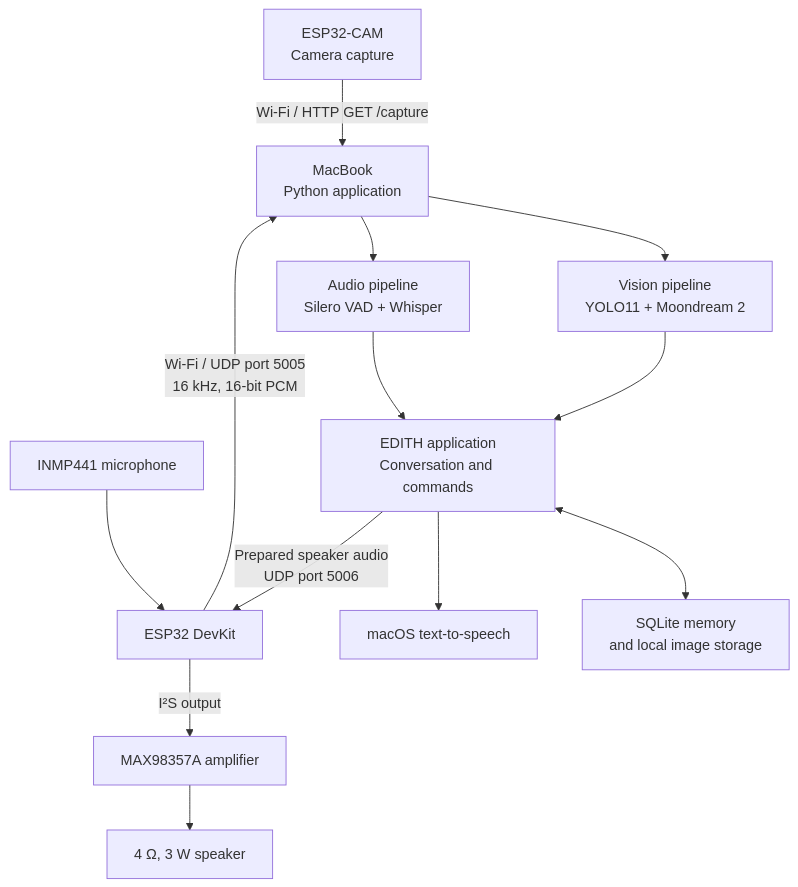
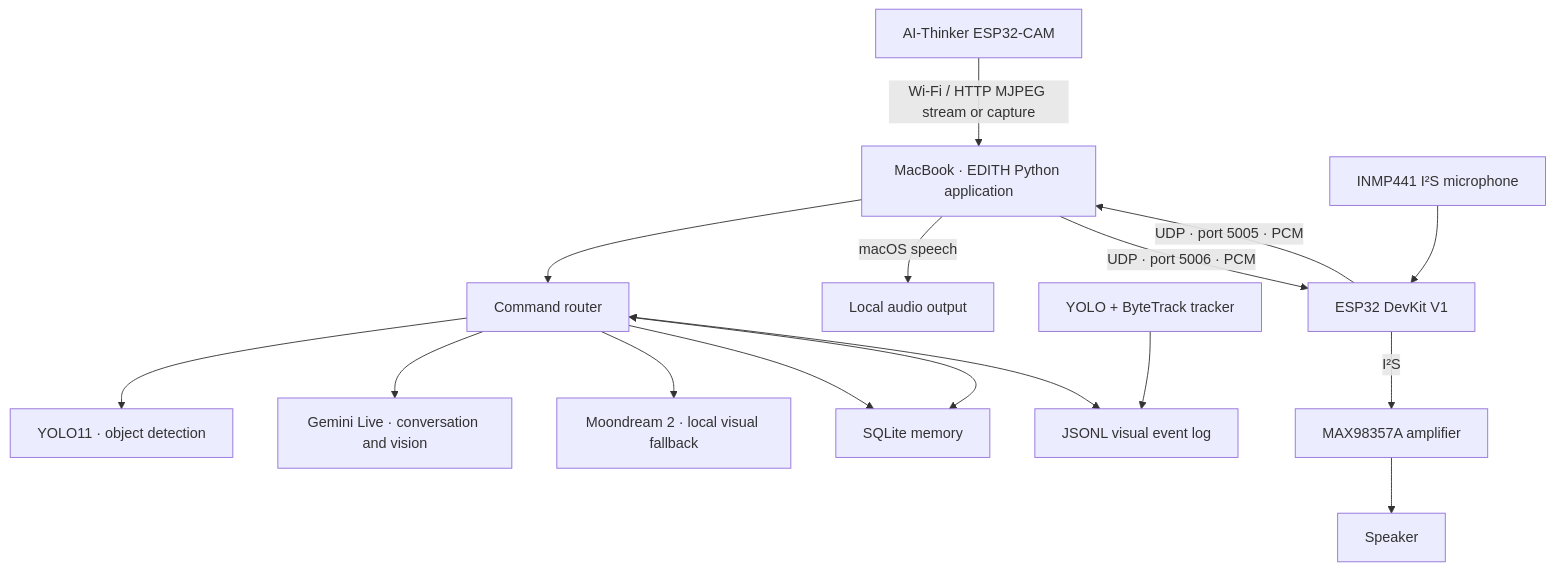
One commit to tahirtahmid0/EDITH-AI-Goggles changed the second of 2 diagrams in README.md. Above: the diagram before and after it, drawn with Mermaid. The commit also changed other lines of this file, not shown here.

Commit message:
Rewrite README with current architecture and setup guide

````diff
--- a/README.md
+++ b/README.md
@@ -85,15 +112,20 @@
-``` mermaid
+```mermaid
 flowchart TD
-    CAM["ESP32-CAM<br/>Camera capture"] -->|"Wi-Fi / HTTP GET /capture"| MAC["MacBook<br/>Python application"]
-    MIC["INMP441 microphone"] --> DEV["ESP32 DevKit"]
-    DEV -->|"Wi-Fi / UDP port 5005<br/>16 kHz, 16-bit PCM"| MAC
-    MAC --> VISION["Vision pipeline<br/>YOLO11 + Moondream 2"]
-    MAC --> AUDIO["Audio pipeline<br/>Silero VAD + Whisper"]
-    VISION --> CORE["EDITH application<br/>Conversation and commands"]
-    AUDIO --> CORE
-    CORE <--> MEMORY["SQLite memory<br/>and local image storage"]
-    CORE --> TTS["macOS text-to-speech"]
-    CORE -->|"Prepared speaker audio<br/>UDP port 5006"| DEV
-    DEV -->|"I²S output"| AMP["MAX98357A amplifier"]
-    AMP --> SPK["4 Ω, 3 W speaker"]
+    CAM["AI-Thinker ESP32-CAM"] -->|"Wi-Fi / HTTP MJPEG stream or capture"| MAC["MacBook · EDITH Python application"]
+    MIC["INMP441 I²S microphone"] --> DEV["ESP32 DevKit V1"]
+    DEV -->|"UDP · port 5005 · PCM"| MAC
+
+    MAC --> ROUTER["Command router"]
+    ROUTER --> YOLO["YOLO11 · object detection"]
+    ROUTER --> GEM["Gemini Live · conversation and vision"]
+    ROUTER --> MOON["Moondream 2 · local visual fallback"]
+    ROUTER --> MEM["SQLite memory"]
+    TRACK["YOLO + ByteTrack tracker"] --> EVENTS["JSONL visual event log"]
+    ROUTER <--> MEM
+    ROUTER <--> EVENTS
+
+    MAC -->|"macOS speech"| LOCAL["Local audio output"]
+    MAC -->|"UDP · port 5006 · PCM"| DEV
+    DEV -->|"I²S"| AMP["MAX98357A amplifier"]
+    AMP --> SPK["Speaker"]
 ```
````
